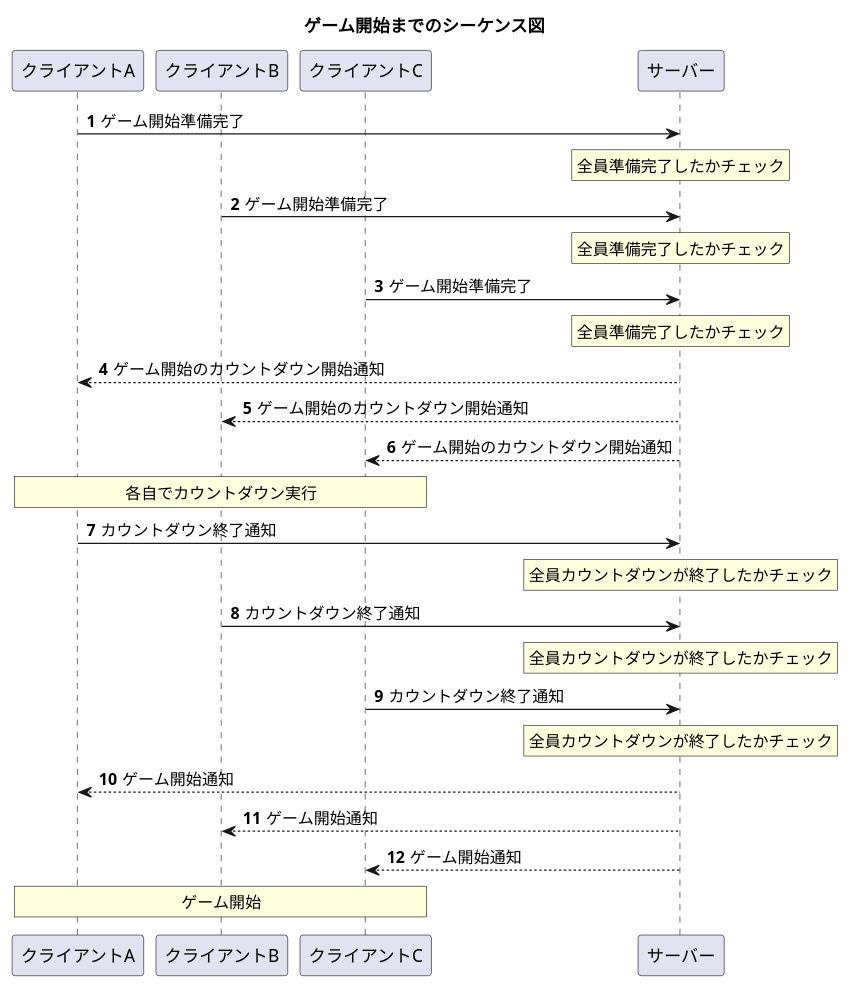
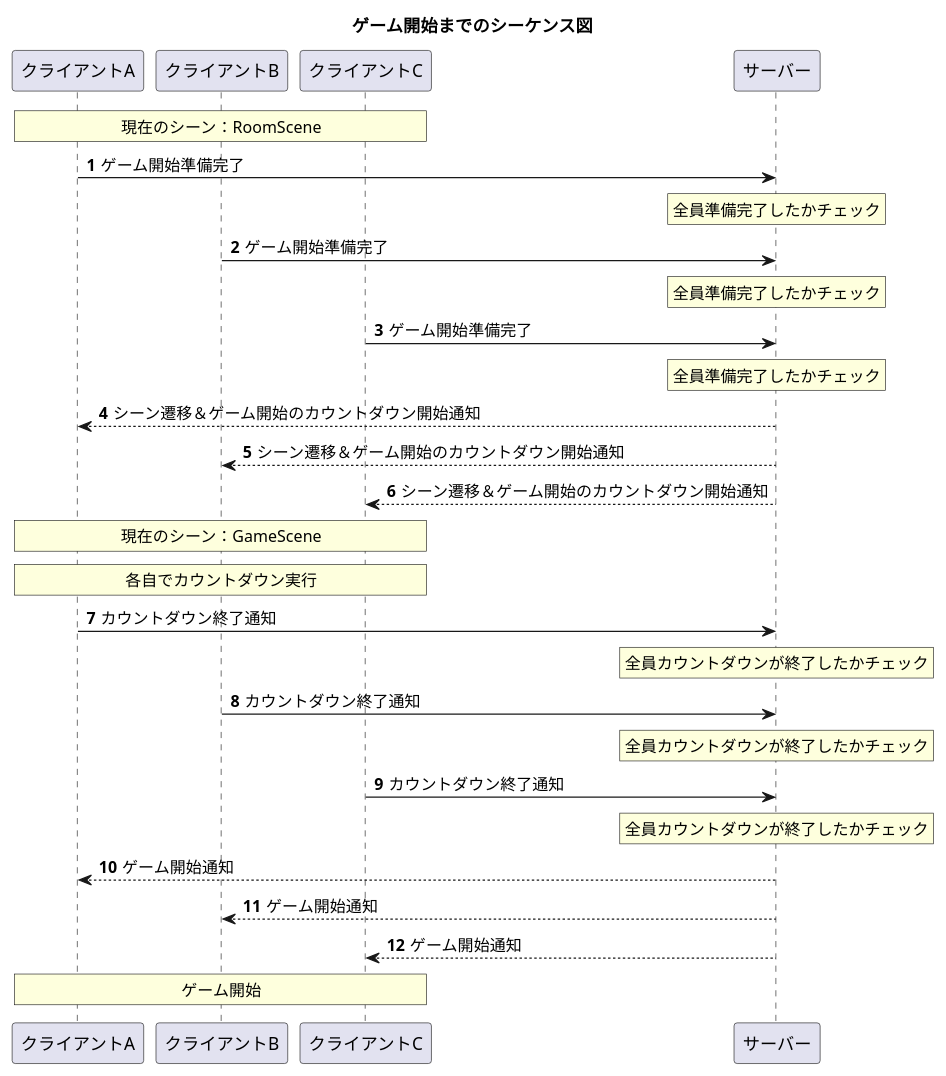
Before and after one commit to osaaaaaaaaaa/PlayingOutside: the diagram in Document/05_ゲーム開始までのシーケンス.puml, drawn with PlantUML. The commit also changed 83 other files, not shown here.

Commit message:
ゲーム開始までの処理作成、ゲーム終了処理のシーケンス図、カントリーリレーのシーケンス図、勝ち抜き乱闘のシーケンス図作成

```diff
--- a/Document/05_ゲーム開始までのシーケンス.puml
+++ b/Document/05_ゲーム開始までのシーケンス.puml
@@ -1,40 +1,35 @@
 @startuml
 'https://plantuml.com/sequence-diagram
-
-'[メモ]'
-'ルーム内 => 該当のUIを削除、クライアントサイドのデータ削除'
-'ゲーム準備中 => キャラクターの生成が終了してからキャラクターとクライアントサイドのデータ削除'
-'ゲーム中 => キャラクター削除、クライアントサイドのデータ削除'
-'リザルトなど他のシーン => クライアントサイドのデータ削除'
-
 
 participant クライアントA
 participant クライアントB
 participant クライアントC
 participant サーバー
 
 autonumber
 title ゲーム開始までのシーケンス図
 
+rnote over クライアントA,クライアントC:現在のシーン：RoomScene
 クライアントA -> サーバー:ゲーム開始準備完了
 rnote over サーバー:全員準備完了したかチェック
 クライアントB -> サーバー:ゲーム開始準備完了
 rnote over サーバー:全員準備完了したかチェック
 クライアントC -> サーバー:ゲーム開始準備完了
 rnote over サーバー:全員準備完了したかチェック
-クライアントA <-- サーバー:ゲーム開始のカウントダウン開始通知
-クライアントB <-- サーバー:ゲーム開始のカウントダウン開始通知
-クライアントC <-- サーバー:ゲーム開始のカウントダウン開始通知
+クライアントA <-- サーバー:シーン遷移＆ゲーム開始のカウントダウン開始通知
+クライアントB <-- サーバー:シーン遷移＆ゲーム開始のカウントダウン開始通知
+クライアントC <-- サーバー:シーン遷移＆ゲーム開始のカウントダウン開始通知
 
+rnote over クライアントA,クライアントC:現在のシーン：GameScene
 rnote over クライアントA,クライアントC:各自でカウントダウン実行
 クライアントA -> サーバー:カウントダウン終了通知
 rnote over サーバー:全員カウントダウンが終了したかチェック
 クライアントB -> サーバー:カウントダウン終了通知
 rnote over サーバー:全員カウントダウンが終了したかチェック
 クライアントC -> サーバー:カウントダウン終了通知
 rnote over サーバー:全員カウントダウンが終了したかチェック
 クライアントA <-- サーバー:ゲーム開始通知
 クライアントB <-- サーバー:ゲーム開始通知
 クライアントC <-- サーバー:ゲーム開始通知
 rnote over クライアントA,クライアントC:ゲーム開始
 @enduml クライアントA
```
